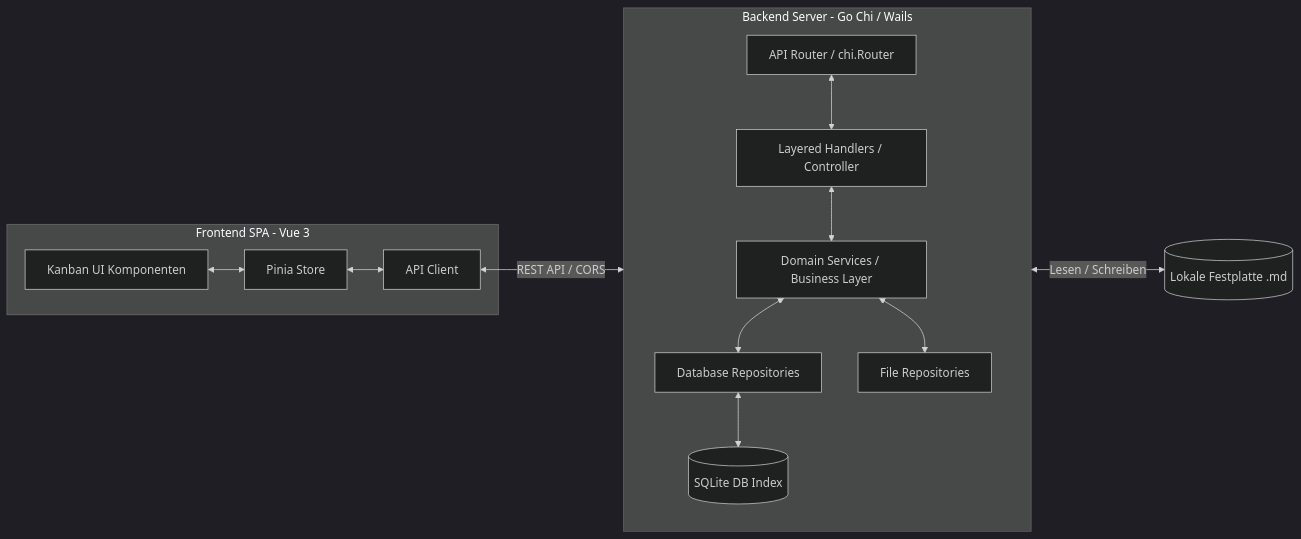
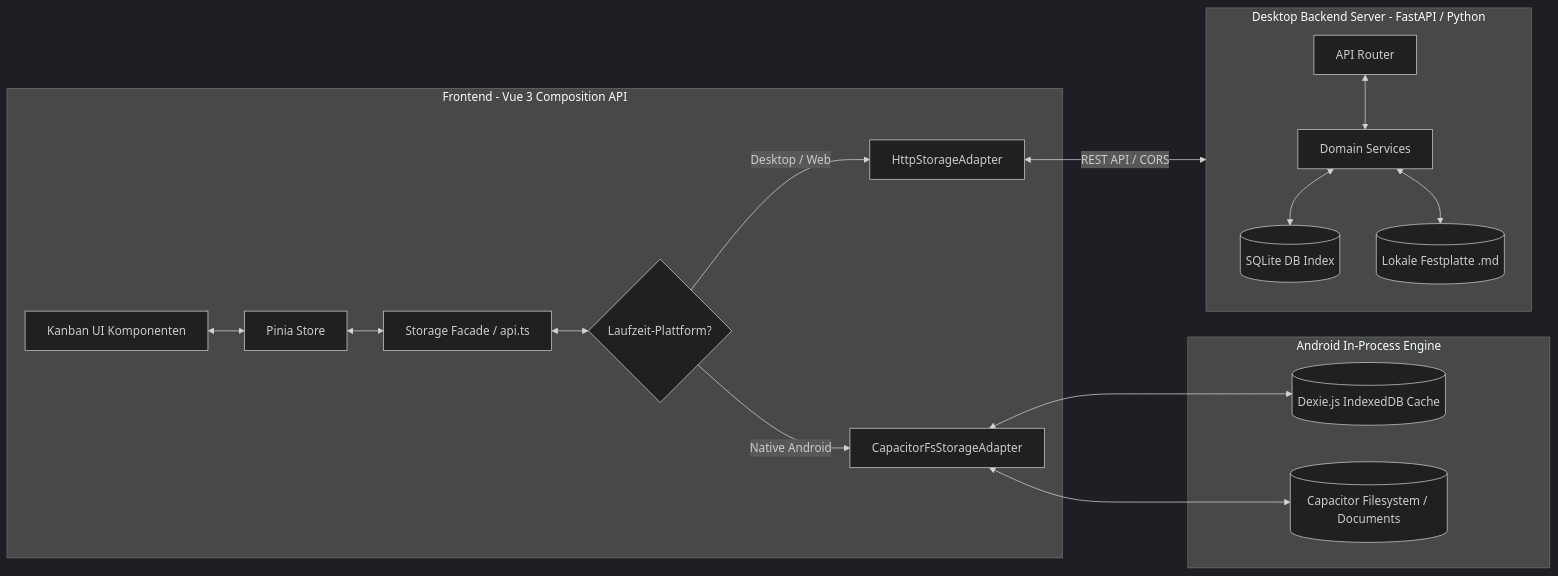
Before and after one commit to simon123h/Jotter: the third of 4 diagrams in docs/de/developer/architecture.md, drawn with Mermaid (dark theme). The commit also changed other lines of this file and 6 other files, not shown here.

Commit message:
docs: add Android mobile app guide and local emulator/preview instructions

````diff
--- a/docs/de/developer/architecture.md
+++ b/docs/de/developer/architecture.md
@@ -66,19 +66,24 @@
 ```mermaid
 flowchart LR
-    subgraph Frontend [Frontend SPA - Vue 3]
+    subgraph Frontend [Frontend - Vue 3 Composition API]
         UI[Kanban UI Komponenten] <--> Store[Pinia Store]
-        Store <--> Client[API Client]
+        Store <--> Proxy[Storage Facade / api.ts]
+        Proxy <--> Adapter{Laufzeit-Plattform?}
+        Adapter -->|Desktop / Web| HttpAdapter[HttpStorageAdapter]
+        Adapter -->|Native Android| CapAdapter[CapacitorFsStorageAdapter]
     end
 
-    subgraph Backend [Backend Server - Go Chi / Wails]
-        direction TB
-        Router[API Router / chi.Router] <--> Handlers[Layered Handlers / Controller]
-        Handlers <--> Services[Domain Services / Business Layer]
-        Services <--> DBRepo[Database Repositories]
-        Services <--> FileRepo[File Repositories]
-        DBRepo <--> Database[(SQLite DB Index)]
+    subgraph NativeMobile [Android In-Process Engine]
+        CapAdapter <--> DexieDB[(Dexie.js IndexedDB Cache)]
+        CapAdapter <--> CapFS[(Capacitor Filesystem / Documents)]
     end
 
-    Client <-->|REST API / CORS| Router
-    FileRepo <-->|Lesen / Schreiben| Disk[(Lokale Festplatte .md)]
+    subgraph DesktopBackend [Desktop Backend Server - FastAPI / Python]
+        direction TB
+        Router[API Router] <--> Services[Domain Services]
+        Services <--> Database[(SQLite DB Index)]
+        Services <--> Disk[(Lokale Festplatte .md)]
+    end
+
+    HttpAdapter <-->|REST API / CORS| Router
 ```
````
